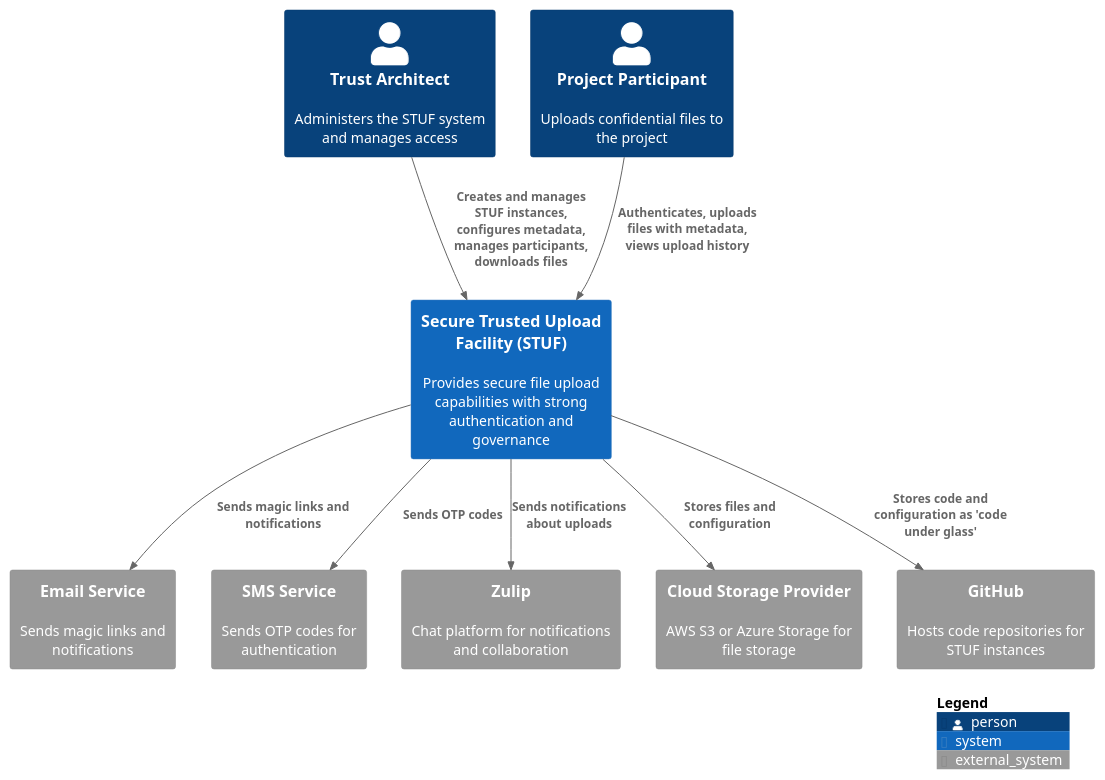
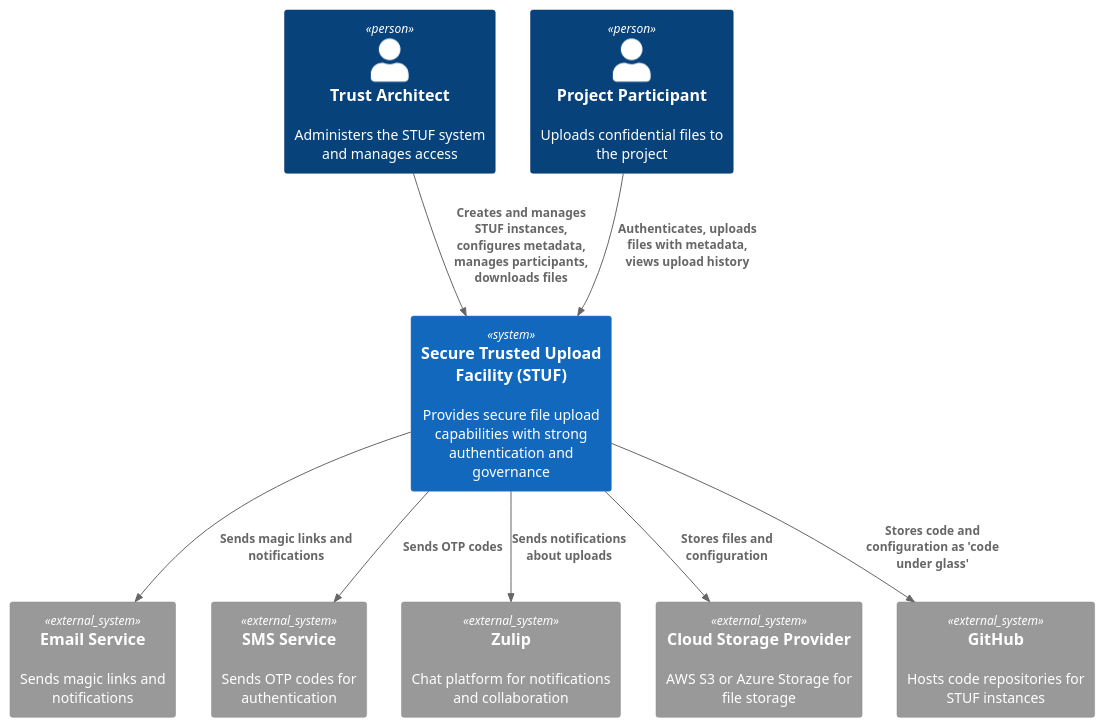
One commit to pyx-industries/stuf changed the diagram in docs/img/stuf_c4_context_diagram.puml. Above: the diagram before and after it, drawn with PlantUML. The commit also changed 3 other files, not shown here.

First line of the commit message:
docs: improve navigation with comprehensive information architecture

```diff
--- a/docs/img/stuf_c4_context_diagram.puml
+++ b/docs/img/stuf_c4_context_diagram.puml
@@ -1,33 +1,31 @@
 @startuml stuf_c4_context_diagram
 
-!include https://raw.githubusercontent.com/plantuml-stdlib/C4-PlantUML/master/C4_Context.puml
+!include <C4/C4_Context>
 
 ' Define actors
 Person(trust_architect, "Trust Architect", "Administers the STUF system and manages access")
 Person(project_participant, "Project Participant", "Uploads confidential files to the project")
 
 ' Define STUF system
 System(stuf_system, "Secure Trusted Upload Facility (STUF)", "Provides secure file upload capabilities with strong authentication and governance")
 
 ' Define external systems
 System_Ext(email_service, "Email Service", "Sends magic links and notifications")
 System_Ext(sms_service, "SMS Service", "Sends OTP codes for authentication")
 System_Ext(zulip, "Zulip", "Chat platform for notifications and collaboration")
 System_Ext(storage_provider, "Cloud Storage Provider", "AWS S3 or Azure Storage for file storage")
 System_Ext(github, "GitHub", "Hosts code repositories for STUF instances")
 
 ' Relationships from actors to system
 Rel(trust_architect, stuf_system, "Creates and manages STUF instances, configures metadata, manages participants, downloads files")
 Rel(project_participant, stuf_system, "Authenticates, uploads files with metadata, views upload history")
 
 ' Relationships from system to external systems
 Rel(stuf_system, email_service, "Sends magic links and notifications")
 Rel(stuf_system, sms_service, "Sends OTP codes")
 Rel(stuf_system, zulip, "Sends notifications about uploads")
 Rel(stuf_system, storage_provider, "Stores files and configuration")
 Rel(stuf_system, github, "Stores code and configuration as 'code under glass'")
 
-' Add legend
-SHOW_LEGEND()
 
 @enduml
```
